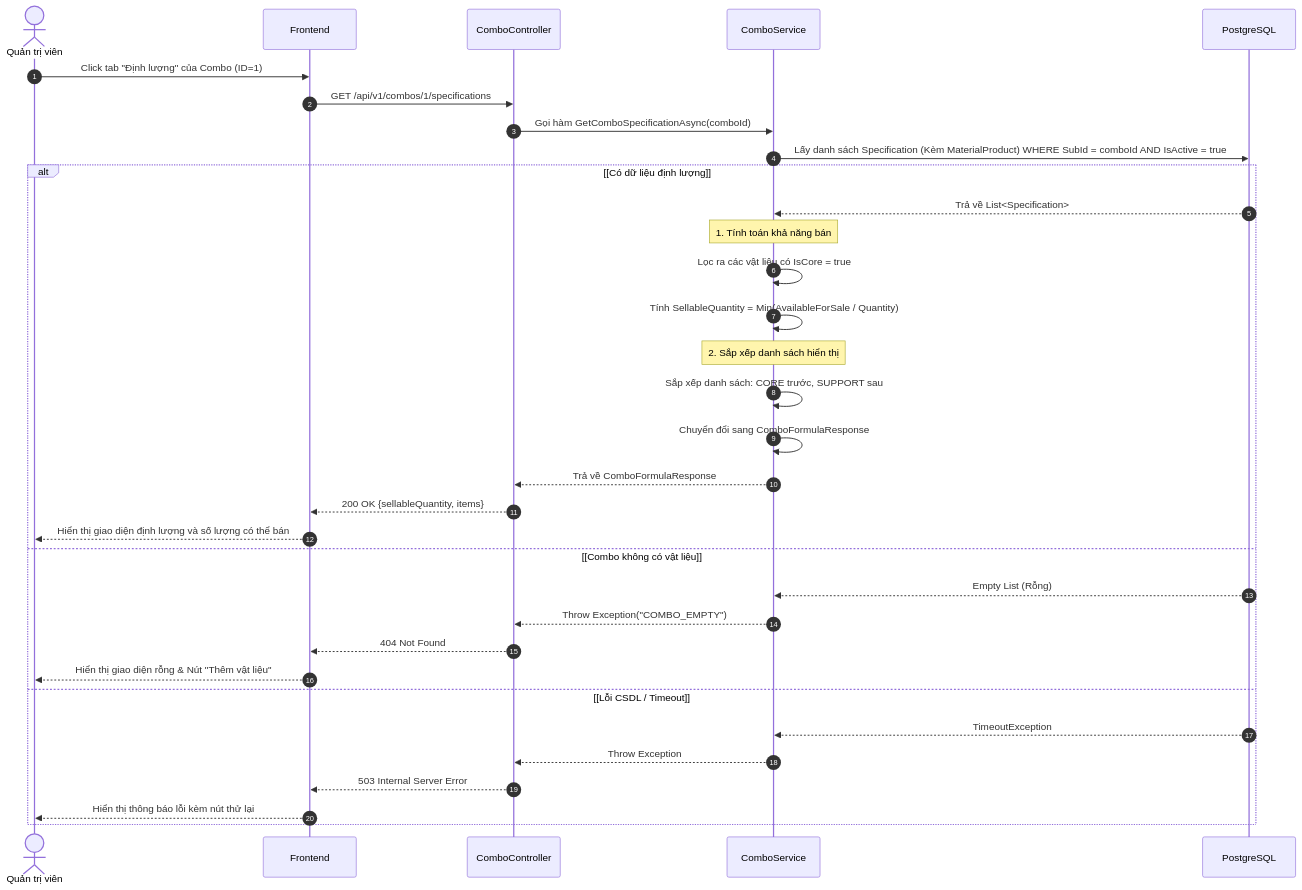
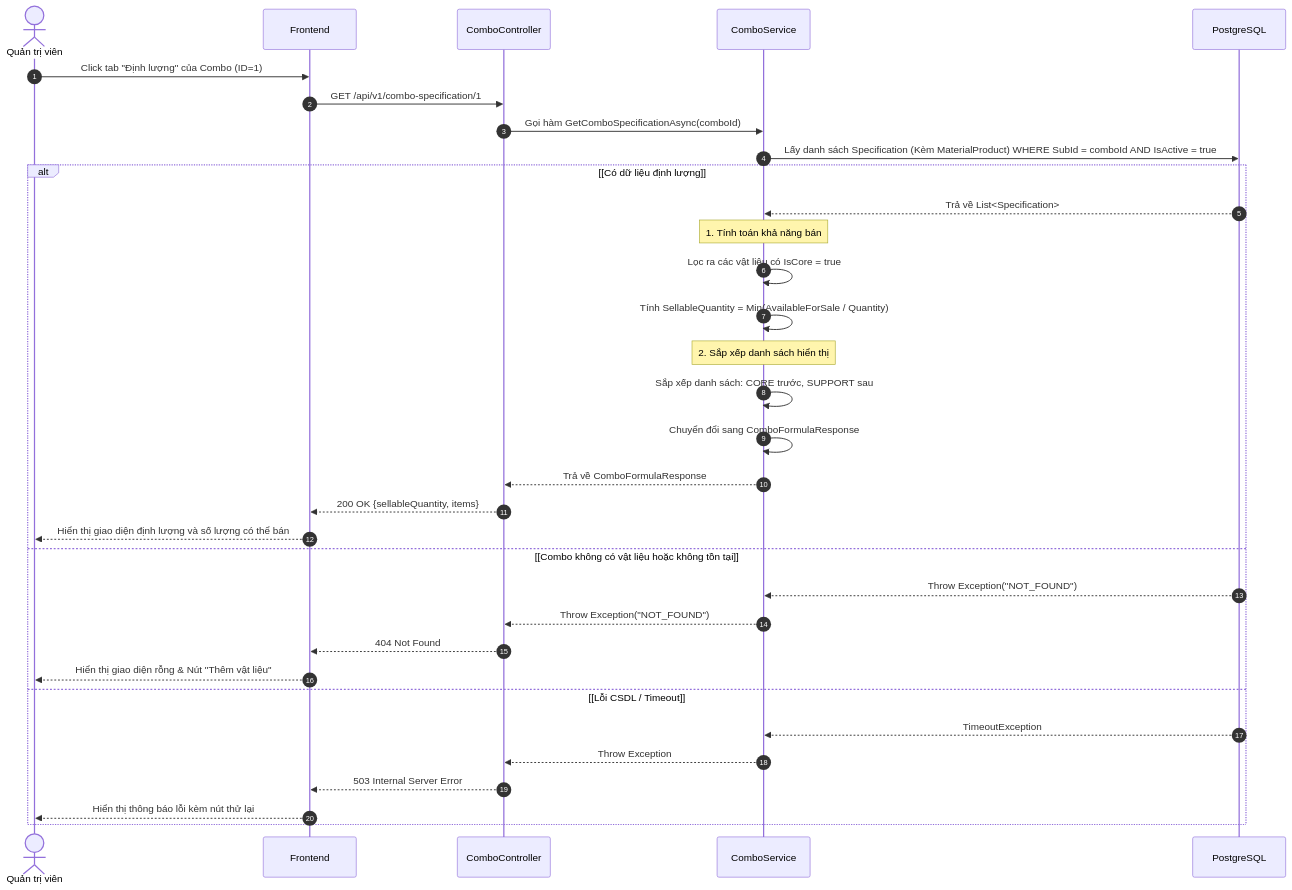
Before and after one commit to 161seconds/document-first-brief: the second of 2 diagrams in hoatheomua/Design-US006.md, drawn with Mermaid. The commit also changed other lines of this file and 5 other files, not shown here.

````diff
--- a/hoatheomua/Design-US006.md
+++ b/hoatheomua/Design-US006.md
@@ -45,41 +45,41 @@
 ```mermaid
 sequenceDiagram
     autonumber
     actor Admin as Quản trị viên
     participant FE as Frontend
     participant API as ComboController
     participant Service as ComboService
     participant DB as PostgreSQL
 
     Admin->>FE: Click tab "Định lượng" của Combo (ID=1)
-    FE->>API: GET /api/v1/combos/1/specifications
+    FE->>API: GET /api/v1/combo-specification/1
     
     API->>Service: Gọi hàm GetComboSpecificationAsync(comboId)
     Service->>DB: Lấy danh sách Specification (Kèm MaterialProduct) WHERE SubId = comboId AND IsActive = true
     
     alt [Có dữ liệu định lượng]
         DB-->>Service: Trả về List<Specification>
         
         Note over Service: 1. Tính toán khả năng bán
         Service->>Service: Lọc ra các vật liệu có IsCore = true
         Service->>Service: Tính SellableQuantity = Min(AvailableForSale / Quantity)
         
         Note over Service: 2. Sắp xếp danh sách hiển thị
         Service->>Service: Sắp xếp danh sách: CORE trước, SUPPORT sau
         
         Service->>Service: Chuyển đổi sang ComboFormulaResponse
         Service-->>API: Trả về ComboFormulaResponse
         API-->>FE: 200 OK {sellableQuantity, items}
         FE-->>Admin: Hiển thị giao diện định lượng và số lượng có thể bán
-    else [Combo không có vật liệu]
-        DB-->>Service: Empty List (Rỗng)
-        Service-->>API: Throw Exception("COMBO_EMPTY")
+    else [Combo không có vật liệu hoặc không tồn tại]
+        DB-->>Service: Throw Exception("NOT_FOUND")
+        Service-->>API: Throw Exception("NOT_FOUND")
         API-->>FE: 404 Not Found
         FE-->>Admin: Hiển thị giao diện rỗng & Nút "Thêm vật liệu"
     else [Lỗi CSDL / Timeout]
         DB-->>Service: TimeoutException
         Service-->>API: Throw Exception
         API-->>FE: 503 Internal Server Error
         FE-->>Admin: Hiển thị thông báo lỗi kèm nút thử lại
     end
 ```
````
